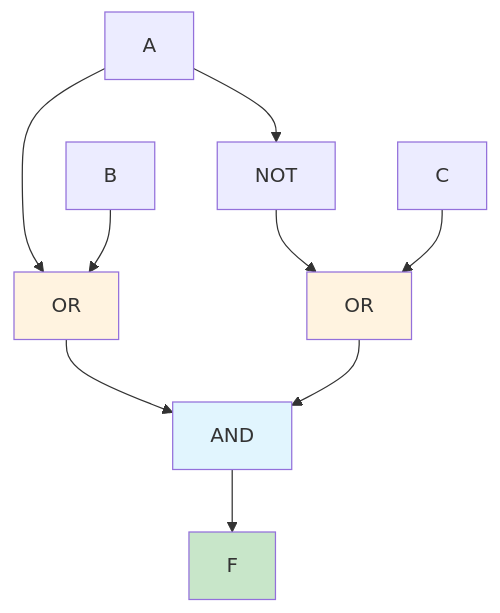
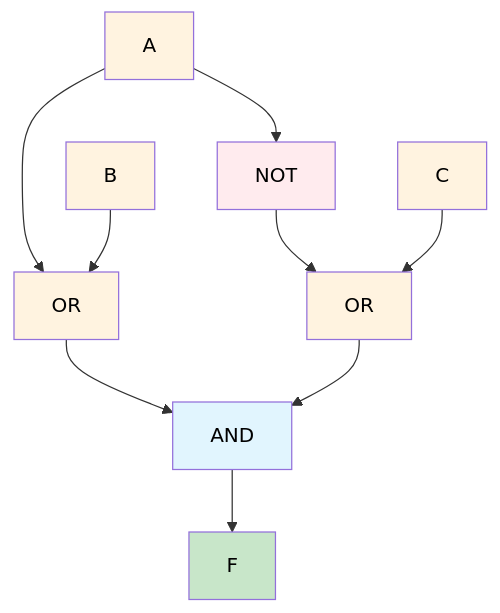
Diagram 21 of 32 in ee2026/lect/L2 lecture notes/EE2026_Week_2_Boolean_Logic_Visual_Guide.md (Yxiang-828/Yxiang-828.github.io), drawn with Mermaid before and after one commit. The commit also changed other lines of this file, not shown here.

````diff
--- a/ee2026/lect/L2 lecture notes/EE2026_Week_2_Boolean_Logic_Visual_Guide.md
+++ b/ee2026/lect/L2 lecture notes/EE2026_Week_2_Boolean_Logic_Visual_Guide.md
@@ -528,16 +548,20 @@
 ```mermaid
 graph TD
     A[A] --> OR1[OR]
     B[B] --> OR1
     A --> NOT1[NOT]
     NOT1 --> OR2[OR]
     C[C] --> OR2
     OR1 --> AND1[AND]
     OR2 --> AND1
     AND1 --> F[F]
     
-    style OR1 fill:#fff3e0
-    style OR2 fill:#fff3e0
-    style AND1 fill:#e1f5fe
-    style F fill:#c8e6c9
+    style OR1 fill:#fff3e0,color:#000
+    style OR2 fill:#fff3e0,color:#000
+    style AND1 fill:#e1f5fe,color:#000
+    style F fill:#c8e6c9,color:#000
+    style NOT1 fill:#ffebee,color:#000
+    style A fill:#fff3e0,color:#000
+    style B fill:#fff3e0,color:#000
+    style C fill:#fff3e0,color:#000
 ```
````
